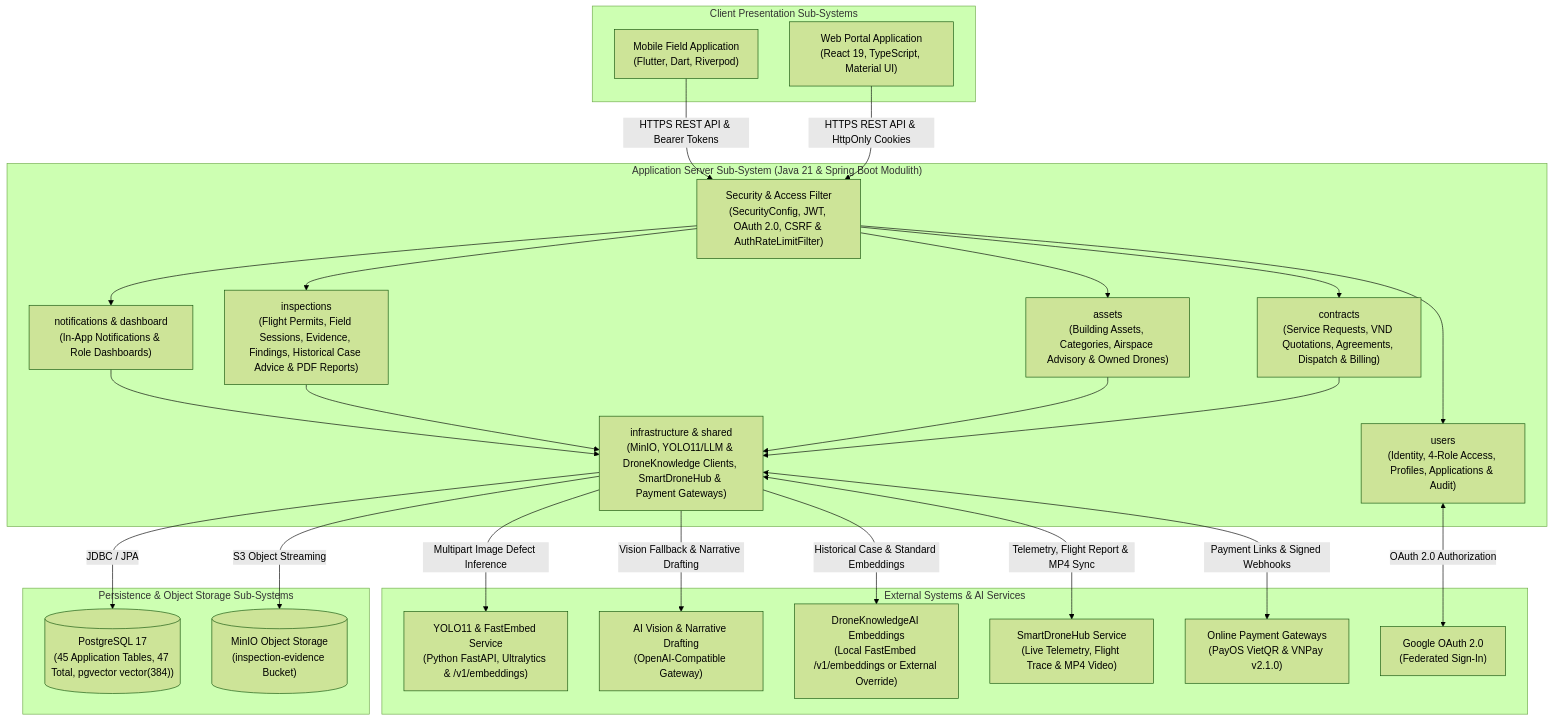
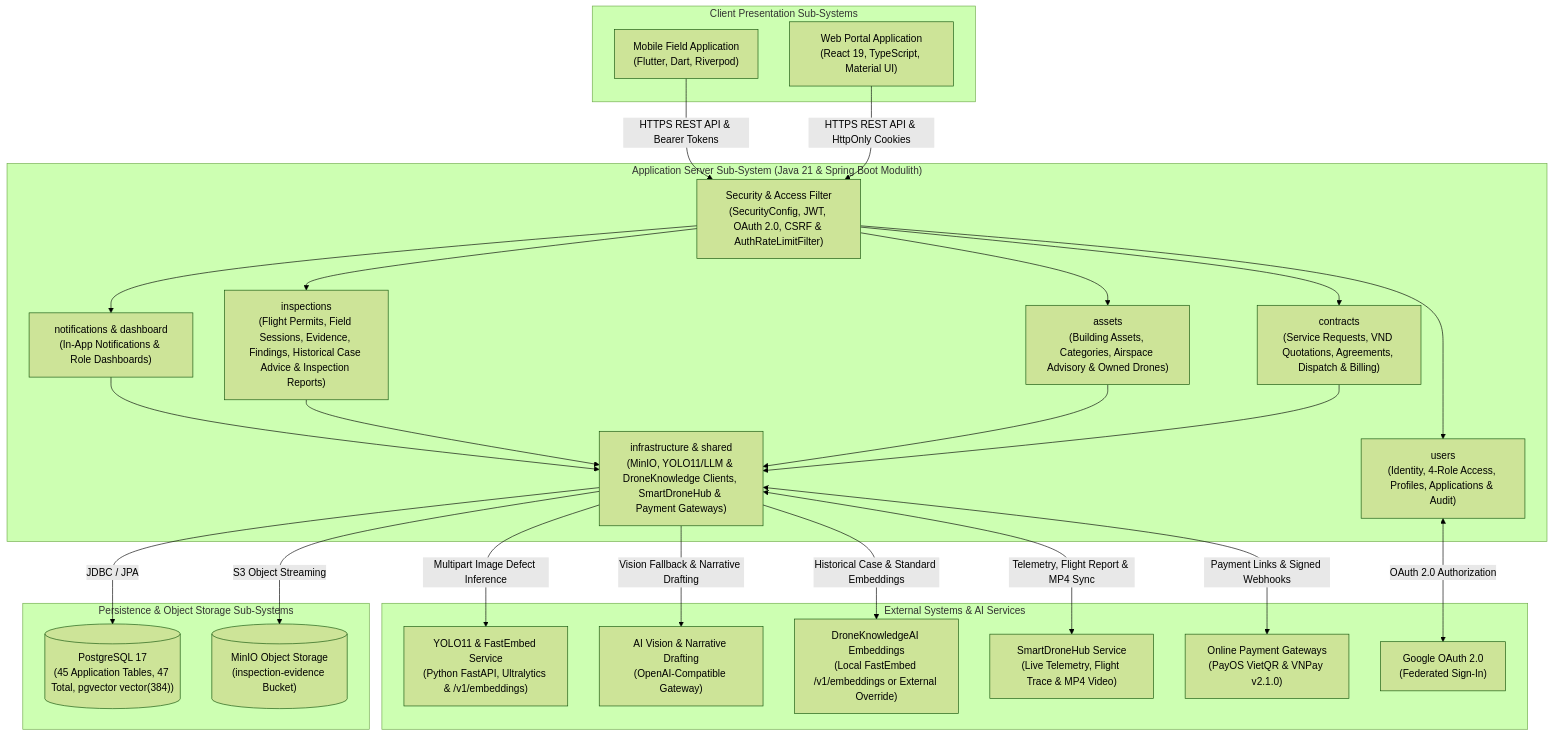
Before and after one commit to tungbach12/SmartDroneInspection-Docs: the first of 4 diagrams in reports/report-4-software-design-document/01-system-design.md, drawn with Mermaid (forest theme). The commit also changed other lines of this file and 21 other files, not shown here.

````diff
--- a/reports/report-4-software-design-document/01-system-design.md
+++ b/reports/report-4-software-design-document/01-system-design.md
@@ -18,55 +18,55 @@
 ```mermaid
 %% title: System Architecture Diagram
 flowchart TD
   subgraph Clients["Client Presentation Sub-Systems"]
     CLIENT_WEB["Web Portal Application\n(React 19, TypeScript, Material UI)"]
     CLIENT_MOB["Mobile Field Application\n(Flutter, Dart, Riverpod)"]
   end
 
   subgraph Backend["Application Server Sub-System (Java 21 & Spring Boot Modulith)"]
     SEC_FILTER["Security & Access Filter\n(SecurityConfig, JWT, OAuth 2.0, CSRF & AuthRateLimitFilter)"]
     MOD_USERS["users\n(Identity, 4-Role Access, Profiles, Applications & Audit)"]
     MOD_CONTRACTS["contracts\n(Service Requests, VND Quotations, Agreements, Dispatch & Billing)"]
     MOD_ASSETS["assets\n(Building Assets, Categories, Airspace Advisory & Owned Drones)"]
-    MOD_INSP["inspections\n(Flight Permits, Field Sessions, Evidence, Findings, Historical Case Advice & PDF Reports)"]
+    MOD_INSP["inspections\n(Flight Permits, Field Sessions, Evidence, Findings, Historical Case Advice & Inspection Reports)"]
     MOD_NOTIF["notifications & dashboard\n(In-App Notifications & Role Dashboards)"]
     MOD_INFRA["infrastructure & shared\n(MinIO, YOLO11/LLM & DroneKnowledge Clients, SmartDroneHub & Payment Gateways)"]
   end
 
   subgraph DataAndStorage["Persistence & Object Storage Sub-Systems"]
     DB_PG[("PostgreSQL 17\n(45 Application Tables, 47 Total, pgvector vector(384))")]
     STORE_MINIO[("MinIO Object Storage\n(inspection-evidence Bucket)")]
   end
 
   subgraph ExternalAndAI["External Systems & AI Services"]
     AI_SERVICE["YOLO11 & FastEmbed Service\n(Python FastAPI, Ultralytics & /v1/embeddings)"]
     LLM_GATEWAY["AI Vision & Narrative Drafting\n(OpenAI-Compatible Gateway)"]
     KNOWLEDGE_AI["DroneKnowledgeAI Embeddings\n(Local FastEmbed /v1/embeddings or External Override)"]
     DRONE_HUB["SmartDroneHub Service\n(Live Telemetry, Flight Trace & MP4 Video)"]
     PAY_GATEWAY["Online Payment Gateways\n(PayOS VietQR & VNPay v2.1.0)"]
     GOOGLE_OAUTH["Google OAuth 2.0\n(Federated Sign-In)"]
   end
 
   CLIENT_WEB -->|"HTTPS REST API & HttpOnly Cookies"| SEC_FILTER
   CLIENT_MOB -->|"HTTPS REST API & Bearer Tokens"| SEC_FILTER
 
   SEC_FILTER --> MOD_USERS
   SEC_FILTER --> MOD_CONTRACTS
   SEC_FILTER --> MOD_ASSETS
   SEC_FILTER --> MOD_INSP
   SEC_FILTER --> MOD_NOTIF
 
   MOD_CONTRACTS --> MOD_INFRA
   MOD_ASSETS --> MOD_INFRA
   MOD_INSP --> MOD_INFRA
   MOD_NOTIF --> MOD_INFRA
 
   MOD_INFRA -->|"JDBC / JPA"| DB_PG
   MOD_INFRA -->|"S3 Object Streaming"| STORE_MINIO
   MOD_INFRA -->|"Multipart Image Defect Inference"| AI_SERVICE
   MOD_INFRA -->|"Vision Fallback & Narrative Drafting"| LLM_GATEWAY
   MOD_INFRA -->|"Historical Case & Standard Embeddings"| KNOWLEDGE_AI
   MOD_INFRA <-->|"Telemetry, Flight Report & MP4 Sync"| DRONE_HUB
   MOD_INFRA <-->|"Payment Links & Signed Webhooks"| PAY_GATEWAY
   MOD_USERS <-->|"OAuth 2.0 Authorization"| GOOGLE_OAUTH
 ```
````
